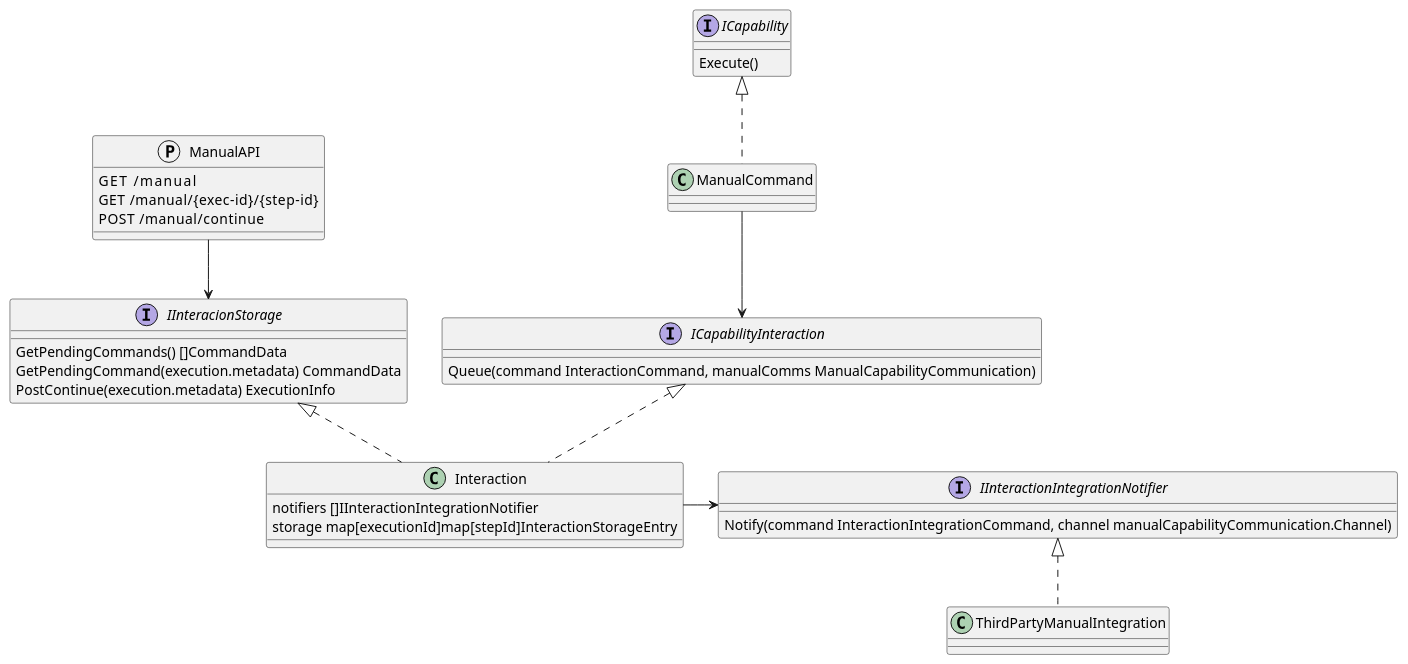
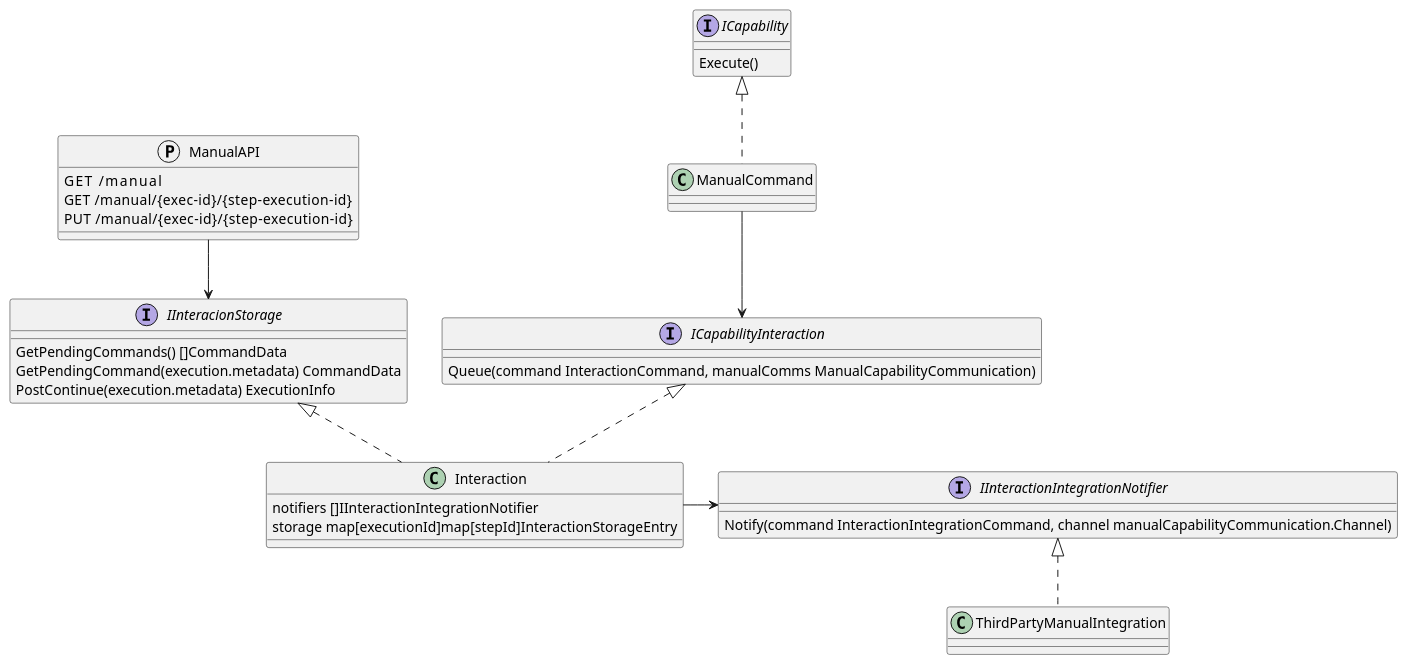
One commit to COSSAS/SOARCA changed the first of 3 diagrams in docs/content/en/docs/core-components/modules.md. Above: the diagram before and after it, drawn with PlantUML. The commit also changed 3 other files, not shown here.

First line of the commit message:
docs: update manual API reference docs and swagger for PUT continue endpoint

````diff
--- a/docs/content/en/docs/core-components/modules.md
+++ b/docs/content/en/docs/core-components/modules.md
@@ -348,49 +348,49 @@
 ```plantuml
 @startuml
 set separator ::
 
 class ManualCommand 
 
 protocol ManualAPI {
     GET     /manual
-    GET     /manual/{exec-id}/{step-id}
-    POST    /manual/continue
+    GET     /manual/{exec-id}/{step-execution-id}
+    PUT     /manual/{exec-id}/{step-execution-id}
 }
 
 interface ICapability{
    Execute()
 }
 
 interface ICapabilityInteraction{
     Queue(command InteractionCommand, manualComms ManualCapabilityCommunication)
 }
 
 interface IInteracionStorage{
     GetPendingCommands() []CommandData
 	GetPendingCommand(execution.metadata) CommandData
 	PostContinue(execution.metadata) ExecutionInfo
 }
 
 interface IInteractionIntegrationNotifier {
     Notify(command InteractionIntegrationCommand, channel manualCapabilityCommunication.Channel)
 }
 
 class Interaction {
     notifiers []IInteractionIntegrationNotifier
     storage map[executionId]map[stepId]InteractionStorageEntry
 }
 class ThirdPartyManualIntegration
 
 
 ManualCommand .up.|> ICapability
 ManualCommand -down-> ICapabilityInteraction
 Interaction .up.|> ICapabilityInteraction
 Interaction .up.|> IInteracionStorage
 
 ManualAPI -down-> IInteracionStorage
 
 Interaction -right-> IInteractionIntegrationNotifier
 ThirdPartyManualIntegration .up.|> IInteractionIntegrationNotifier
 
 
 ```
````
